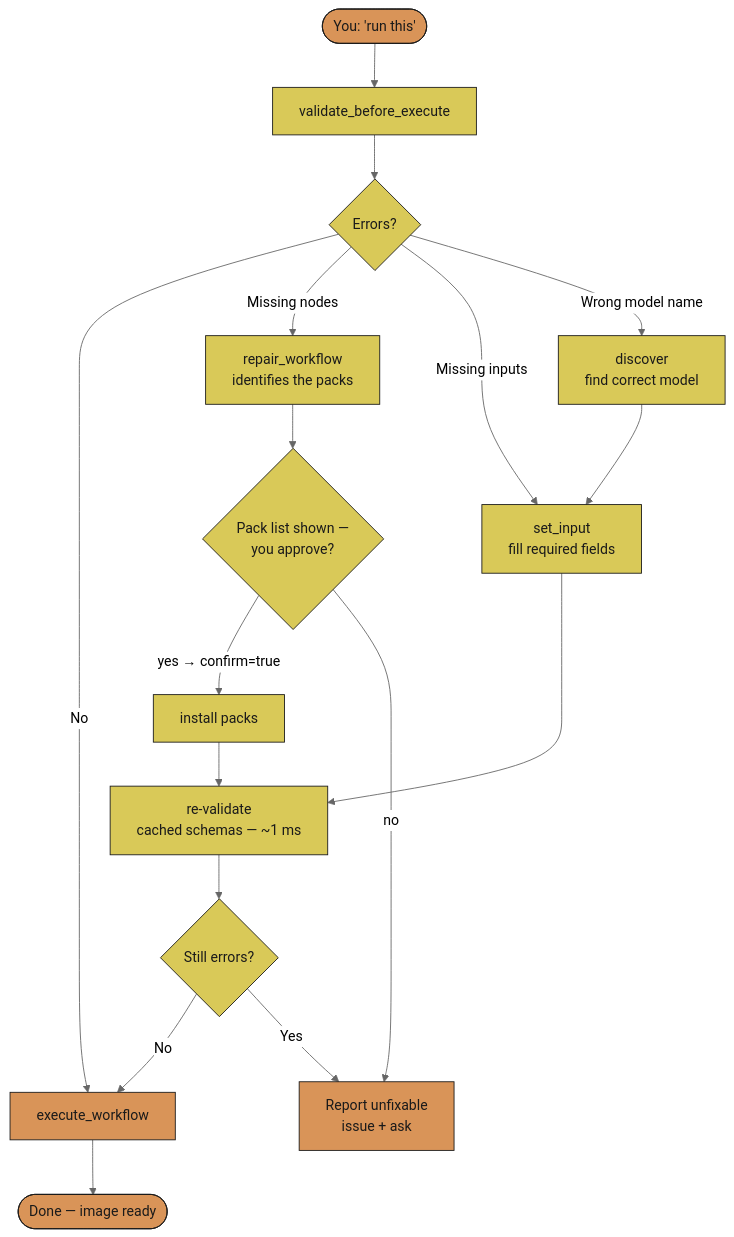
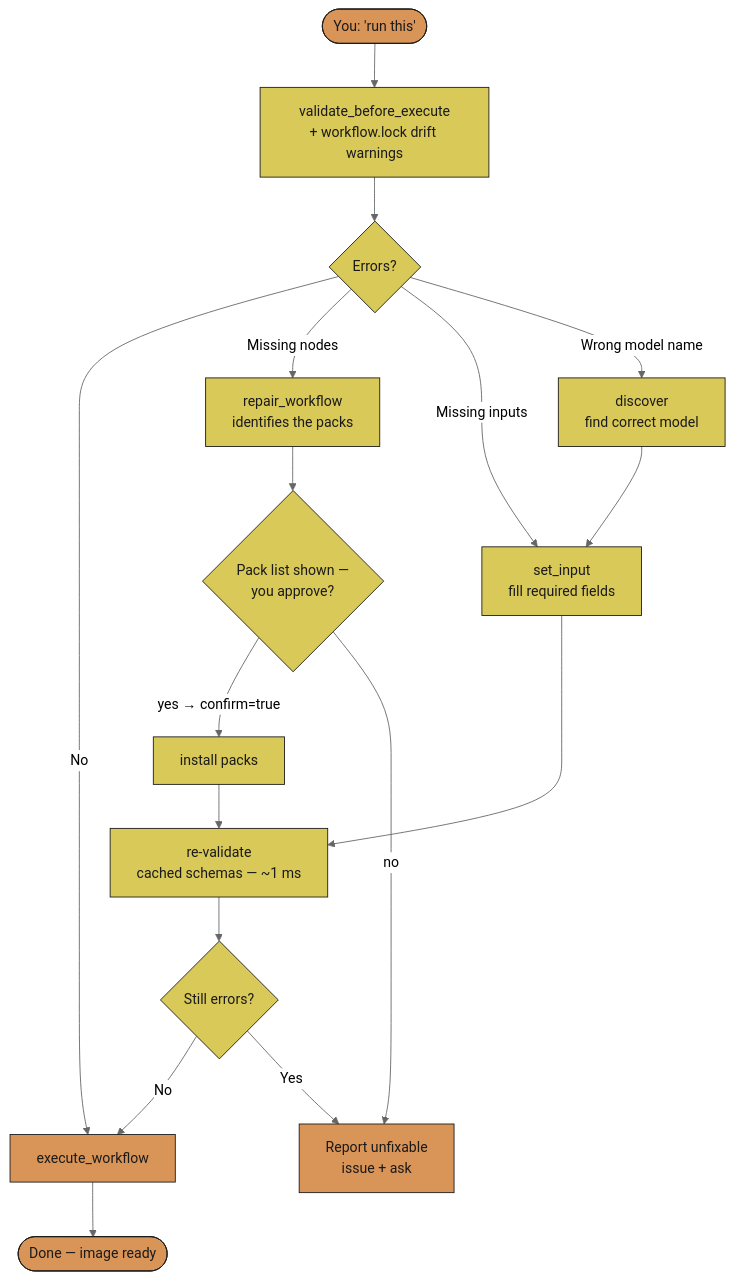
One commit to JosephOIbrahim/Comfy-Cozy changed the ninth of 33 diagrams in README.md. Above: the diagram before and after it, drawn with Mermaid (neutral theme). The commit also changed other lines of this file and 3 other files, not shown here.

First line of the commit message:
[VERIFY] release: v5.3.0 Shot-Ready - README/diagrams to the fully-merged hardening order, changelog, version bump

````diff
--- a/README.md
+++ b/README.md
@@ -588,24 +591,24 @@
 ```mermaid
 flowchart TD
-    Run(["You: 'run this'"]) --> Validate["validate_before_execute"]
+    Run(["You: 'run this'"]) --> Validate["validate_before_execute<br/>+ workflow.lock drift warnings"]
     Validate --> Check{"Errors?"}
     Check -->|No| Execute["execute_workflow"]
     Check -->|"Missing nodes"| Repair["repair_workflow<br/>identifies the packs"]
     Check -->|"Missing inputs"| SetInput["set_input<br/>fill required fields"]
     Check -->|"Wrong model name"| Discover["discover<br/>find correct model"]
     Repair --> Confirm{"Pack list shown —<br/>you approve?"}
     Confirm -->|"yes → confirm=true"| Install["install packs"]
     Confirm -->|no| Report
     Install --> Revalidate["re-validate<br/>cached schemas — ~1 ms"]
     SetInput --> Revalidate
     Discover --> SetInput
     Revalidate --> Check2{"Still errors?"}
     Check2 -->|No| Execute
     Check2 -->|Yes| Report["Report unfixable<br/>issue + ask"]
     Execute --> Done(["Done — image ready"])
 
     classDef orange fill:#d99458,color:#1a1a1a,stroke:#1a1a1a
     classDef yellow fill:#d9c958,color:#1a1a1a,stroke:#1a1a1a
     class Run,Execute,Done,Report orange
     class Validate,Repair,Confirm,Install,SetInput,Discover,Check,Revalidate,Check2 yellow
 ```
````
